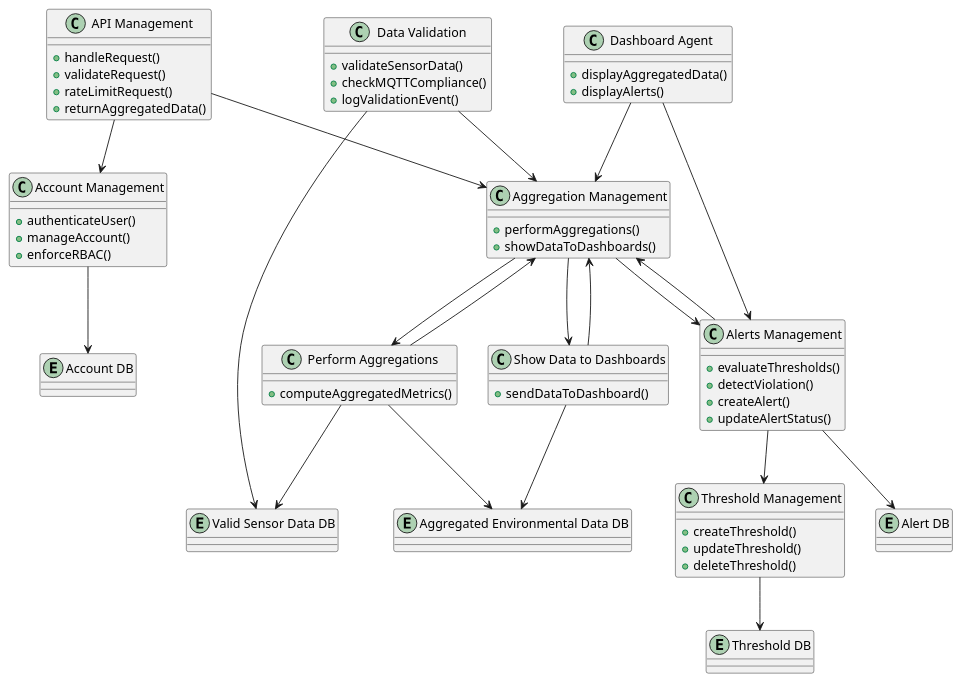
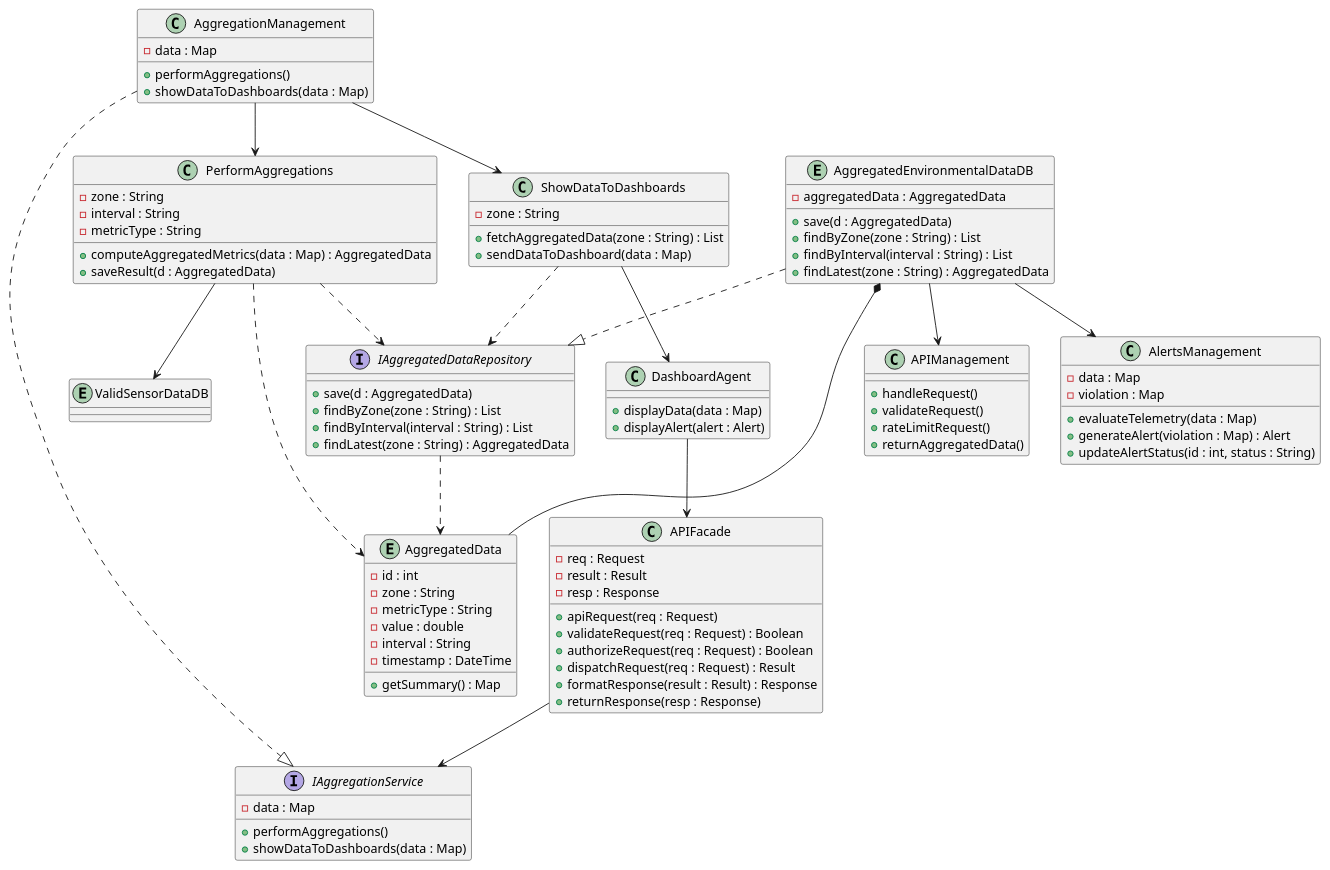
One commit to harmanpreet-sagar/sfwreng-3a04-group6-t01-scemas changed the diagram in docs/diagrams/plantuml/class/AggregationManagement.puml. Above: the diagram before and after it, drawn with PlantUML. The commit also changed 4 other files, not shown here.

Commit message:
fix aggregation management class diagram to add interfaces

```diff
--- a/docs/diagrams/plantuml/class/AggregationManagement.puml
+++ b/docs/diagrams/plantuml/class/AggregationManagement.puml
@@ -1,112 +1,152 @@
-@startuml AggregationManagement
+@startuml AggregationManagement_ClassDiagram
 
 ' =========================
-' ACCOUNT MANAGEMENT
+' BOUNDARY
 ' =========================
-class "Account Management" as AccountMgmt {
-  +authenticateUser()
-  +manageAccount()
-  +enforceRBAC()
+class DashboardAgent {
+  +displayData(data : Map)
+  +displayAlert(alert : Alert)
 }
 
-entity "Account DB" as AccountDB
-AccountMgmt --> AccountDB
+' =========================
+' API FACADE
+' =========================
+class APIFacade {
+  -req : Request
+  -result : Result
+  -resp : Response
+  +apiRequest(req : Request)
+  +validateRequest(req : Request) : Boolean
+  +authorizeRequest(req : Request) : Boolean
+  +dispatchRequest(req : Request) : Result
+  +formatResponse(result : Result) : Response
+  +returnResponse(resp : Response)
+}
 
 ' =========================
-' DATA VALIDATION
+' SERVICE INTERFACE
 ' =========================
-class "Data Validation" as Validation {
-  +validateSensorData()
-  +checkMQTTCompliance()
-  +logValidationEvent()
+interface IAggregationService {
+  -data : Map
+  +performAggregations()
+  +showDataToDashboards(data : Map)
 }
-
-entity "Valid Sensor Data DB" as ValidDB
-Validation --> ValidDB
 
 ' =========================
 ' AGGREGATION MANAGEMENT
 ' =========================
-class "Aggregation Management" as AggMgmt {
+class AggregationManagement {
+  -data : Map
   +performAggregations()
-  +showDataToDashboards()
+  +showDataToDashboards(data : Map)
 }
 
-class "Perform Aggregations" as PerformAgg {
-  +computeAggregatedMetrics()
+class PerformAggregations {
+  -zone : String
+  -interval : String
+  -metricType : String
+  +computeAggregatedMetrics(data : Map) : AggregatedData
+  +saveResult(d : AggregatedData)
 }
 
-class "Show Data to Dashboards" as ShowDash {
-  +sendDataToDashboard()
+class ShowDataToDashboards {
+  -zone : String
+  +fetchAggregatedData(zone : String) : List
+  +sendDataToDashboard(data : Map)
 }
 
-entity "Aggregated Environmental Data DB" as AggDB
-
-AggMgmt --> PerformAgg
-AggMgmt --> ShowDash
-PerformAgg --> AggMgmt
-PerformAgg --> ValidDB
-PerformAgg --> AggDB
-
-ShowDash --> AggMgmt
-ShowDash --> AggDB
+' =========================
+' REPOSITORY INTERFACE
+' =========================
+interface IAggregatedDataRepository {
+  +save(d : AggregatedData)
+  +findByZone(zone : String) : List
+  +findByInterval(interval : String) : List
+  +findLatest(zone : String) : AggregatedData
+}
 
 ' =========================
-' THRESHOLD MANAGEMENT
+' DB ENTITY
 ' =========================
-class "Threshold Management" as ThreshMgmt {
-  +createThreshold()
-  +updateThreshold()
-  +deleteThreshold()
+entity AggregatedEnvironmentalDataDB {
+  -aggregatedData : AggregatedData
+  +save(d : AggregatedData)
+  +findByZone(zone : String) : List
+  +findByInterval(interval : String) : List
+  +findLatest(zone : String) : AggregatedData
 }
 
-entity "Threshold DB" as ThreshDB
-ThreshMgmt --> ThreshDB
+entity AggregatedData {
+  -id : int
+  -zone : String
+  -metricType : String
+  -value : double
+  -interval : String
+  -timestamp : DateTime
+  +getSummary() : Map
+}
 
 ' =========================
-' ALERTS MANAGEMENT
+' EXTERNAL CONSUMERS
+' (owned elsewhere, directly read AggregatedEnvironmentalDataDB)
 ' =========================
-class "Alerts Management" as AlertsMgmt {
-  +evaluateThresholds()
-  +detectViolation()
-  +createAlert()
-  +updateAlertStatus()
+class AlertsManagement {
+  -data : Map
+  -violation : Map
+  +evaluateTelemetry(data : Map)
+  +generateAlert(violation : Map) : Alert
+  +updateAlertStatus(id : int, status : String)
 }
 
-entity "Alert DB" as AlertDB
-
-AlertsMgmt --> AlertDB
-AlertsMgmt --> ThreshMgmt
-AlertsMgmt --> AggMgmt
-
-' =========================
-' API MANAGEMENT
-' =========================
-class "API Management" as APIMgmt {
+class APIManagement {
   +handleRequest()
   +validateRequest()
   +rateLimitRequest()
   +returnAggregatedData()
 }
 
-APIMgmt --> AggMgmt
-APIMgmt --> AccountMgmt
+' External DB this subsystem reads from (owned by Data Validation)
+entity ValidSensorDataDB
 
 ' =========================
-' DASHBOARD AGENT
+' RELATIONSHIPS
 ' =========================
-class "Dashboard Agent" as Dash {
-  +displayAggregatedData()
-  +displayAlerts()
-}
 
-Dash --> AggMgmt
-Dash --> AlertsMgmt
+' Boundary triggers APIFacade
+DashboardAgent --> APIFacade
 
-' =========================
-' SYSTEM FLOW CONSISTENCY
-' =========================
-Validation --> AggMgmt
-AggMgmt --> AlertsMgmt
+' APIFacade routes through service interface
+APIFacade --> IAggregationService
+
+' AggregationManagement implements service interface
+AggregationManagement ..|> IAggregationService
+
+' AggregationManagement delegates to sub-controllers
+AggregationManagement --> PerformAggregations
+AggregationManagement --> ShowDataToDashboards
+
+' Sub-controllers depend on repository interface
+PerformAggregations ..> IAggregatedDataRepository
+ShowDataToDashboards ..> IAggregatedDataRepository
+
+' PerformAggregations reads raw validated data from external DB
+PerformAggregations --> ValidSensorDataDB
+
+' ShowDataToDashboards pushes results to Dashboard Agent
+ShowDataToDashboards --> DashboardAgent
+
+' AggregatedEnvironmentalDataDB implements repository interface
+AggregatedEnvironmentalDataDB ..|> IAggregatedDataRepository
+
+' AggregatedEnvironmentalDataDB owns AggregatedData records
+AggregatedEnvironmentalDataDB *-- AggregatedData
+
+' Classes that produce or consume AggregatedData as a type
+PerformAggregations ..> AggregatedData
+IAggregatedDataRepository ..> AggregatedData
+
+' AggregatedEnvironmentalDataDB supplies data to external consumers
+AggregatedEnvironmentalDataDB --> AlertsManagement
+AggregatedEnvironmentalDataDB --> APIManagement
 
 @enduml
```
